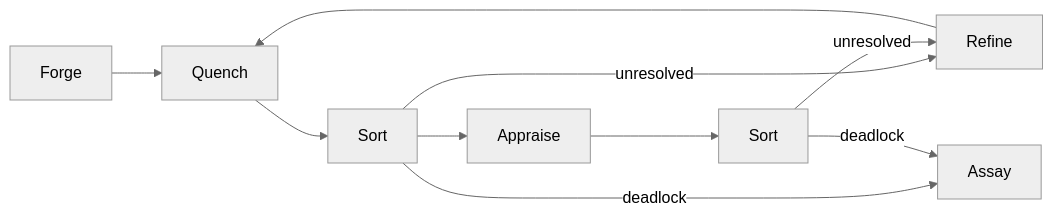
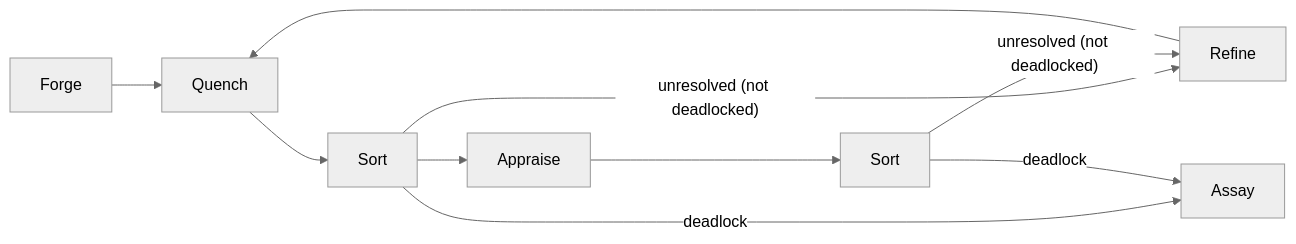
The second of 3 diagrams in 02-flow/03-nodes-external.md (really-knows-ai/gideas), drawn with Mermaid (neutral theme) before and after one commit. The commit also changed other lines of this file and 3 other files, not shown here.

````diff
--- a/02-flow/03-nodes-external.md
+++ b/02-flow/03-nodes-external.md
@@ -83,9 +83,9 @@
 ```mermaid
 flowchart LR
     FG["Forge"] --> QN["Quench"] --> ST["Sort"] --> AP["Appraise"] --> ST2["Sort"]
-    ST -->|"unresolved"| RF["Refine"]
-    ST2 -->|"unresolved"| RF
+    ST -->|"unresolved (not deadlocked)"| RF["Refine"]
+    ST2 -->|"unresolved (not deadlocked)"| RF
     RF --> QN
     ST -->|"deadlock"| AS["Assay"]
     ST2 -->|"deadlock"| AS
 ```
````
